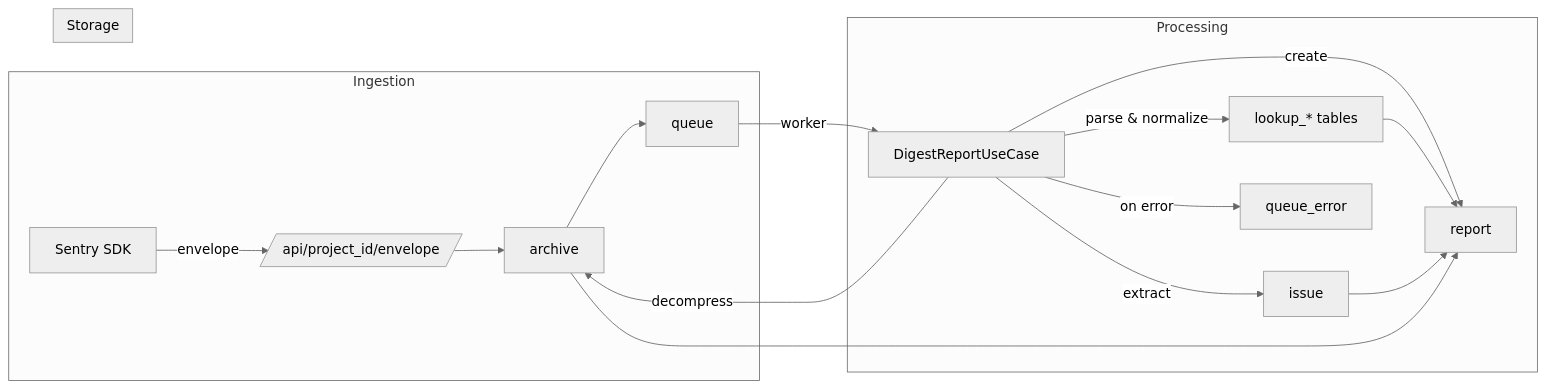
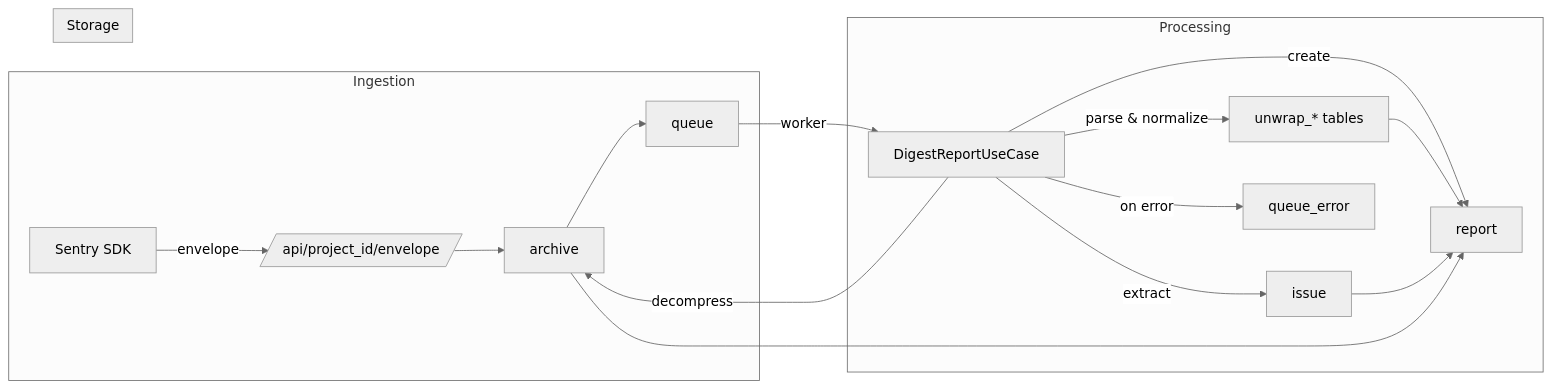
The second of 2 diagrams in docs/schema.md (ethicnology/crash-cache), drawn with Mermaid (neutral theme) before and after one commit. The commit also changed other lines of this file and 11 other files, not shown here.

First line of the commit message:
refactor: rename lookup_ prefix to unwrap_

````diff
--- a/docs/schema.md
+++ b/docs/schema.md
@@ -247,23 +247,23 @@
 ```mermaid
 flowchart LR
     subgraph Ingestion
         A[Sentry SDK] -->|envelope| B[/api/project_id/envelope/]
         B --> C[archive]
         C --> D[queue]
     end
     
     subgraph Processing
         D -->|worker| E[DigestReportUseCase]
         E -->|decompress| C
-        E -->|parse & normalize| F[lookup_* tables]
+        E -->|parse & normalize| F[unwrap_* tables]
         E -->|extract| G[issue]
         E -->|create| H[report]
         E -->|on error| I[queue_error]
     end
     
     subgraph Storage
         F --> H
         G --> H
         C --> H
     end
 ```
````
